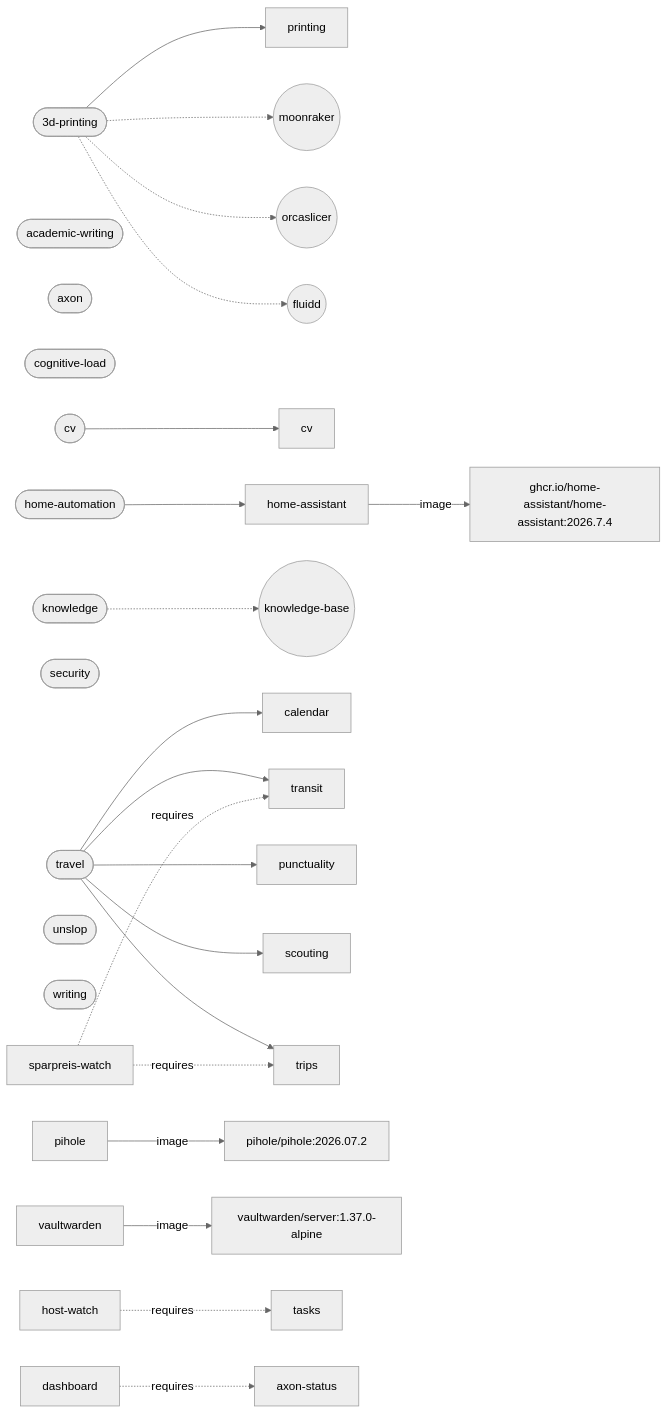
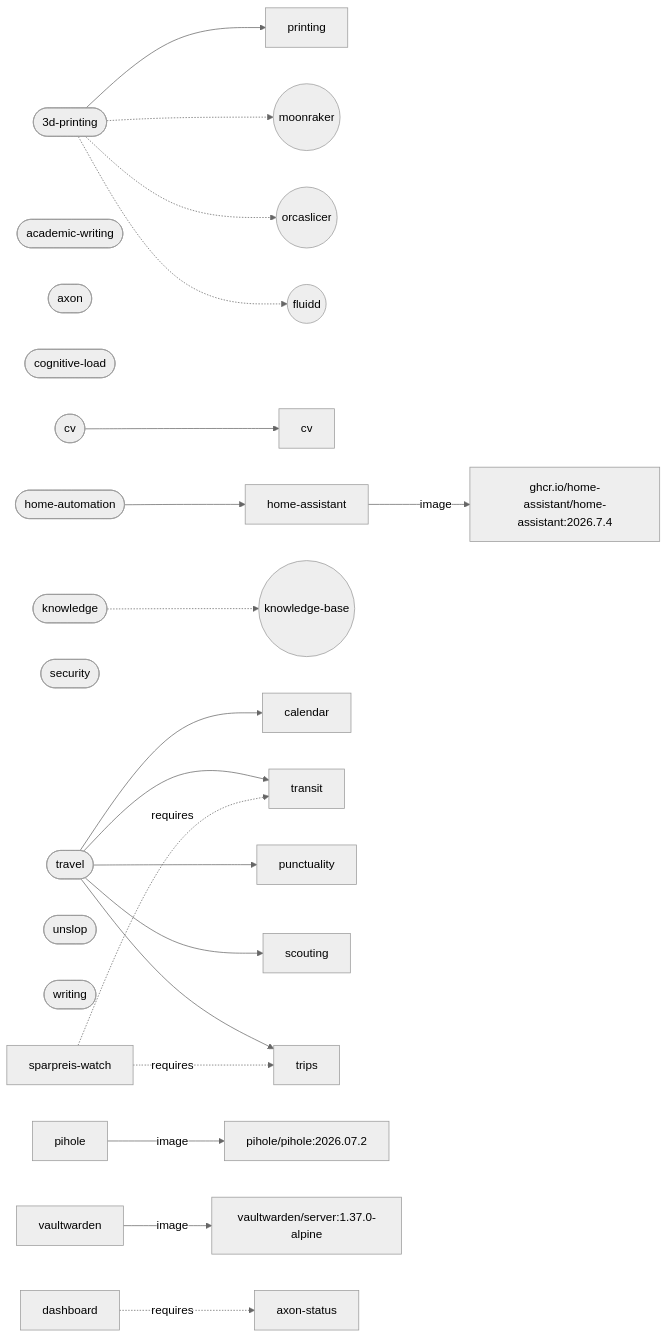
One commit to larsboes/Axon changed the diagram in ARCHITECTURE.md. Above: the diagram before and after it, drawn with Mermaid (neutral theme). The commit also changed other lines of this file and 23 other files, not shown here.

````diff
--- a/ARCHITECTURE.md
+++ b/ARCHITECTURE.md
@@ -131,33 +130,32 @@
 ```mermaid
 flowchart LR
   pack_3d_printing(["3d-printing"])
   pack_3d_printing --> cap_printing["printing"]
   pack_3d_printing -.-> sys_moonraker(("moonraker"))
   pack_3d_printing -.-> sys_orcaslicer(("orcaslicer"))
   pack_3d_printing -.-> sys_fluidd(("fluidd"))
   pack_academic_writing(["academic-writing"])
   pack_axon(["axon"])
   pack_cognitive_load(["cognitive-load"])
   pack_cv(["cv"])
   pack_cv --> cap_cv["cv"]
   pack_home_automation(["home-automation"])
   pack_home_automation --> cap_home_assistant["home-assistant"]
   pack_knowledge(["knowledge"])
   pack_knowledge -.-> sys_knowledge_base(("knowledge-base"))
   pack_security(["security"])
   pack_travel(["travel"])
   pack_travel --> cap_calendar["calendar"]
   pack_travel --> cap_transit["transit"]
   pack_travel --> cap_punctuality["punctuality"]
   pack_travel --> cap_scouting["scouting"]
   pack_travel --> cap_trips["trips"]
   pack_unslop(["unslop"])
   pack_writing(["writing"])
   cap_home_assistant["home-assistant"] -->|image| img_ghcr_io_home_assistant_home_assistant["ghcr.io/home-assistant/home-assistant:2026.7.4"]
   cap_pihole["pihole"] -->|image| img_pihole_pihole["pihole/pihole:2026.07.2"]
   cap_vaultwarden["vaultwarden"] -->|image| img_vaultwarden_server["vaultwarden/server:1.37.0-alpine"]
-  cap_host_watch["host-watch"] -.->|requires| cap_tasks["tasks"]
   cap_sparpreis_watch["sparpreis-watch"] -.->|requires| cap_transit["transit"]
   cap_sparpreis_watch["sparpreis-watch"] -.->|requires| cap_trips["trips"]
   cap_dashboard["dashboard"] -.->|requires| cap_axon_status["axon-status"]
 ```
````
